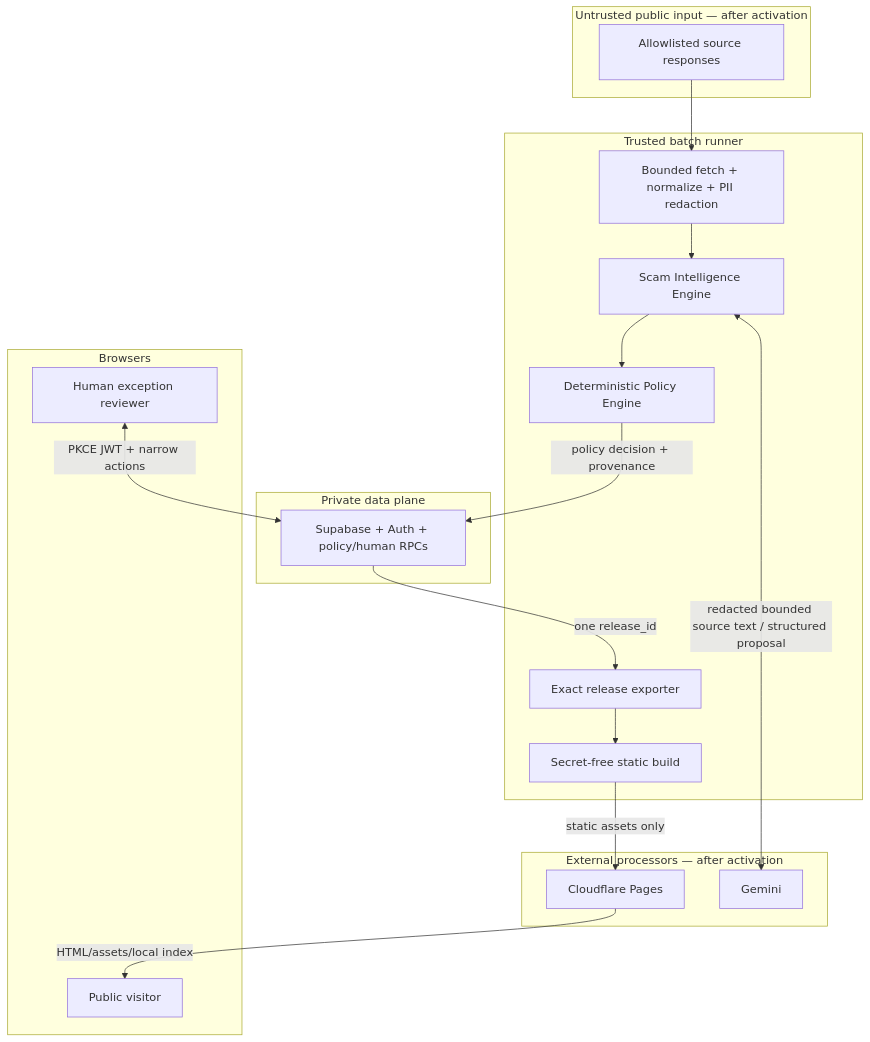
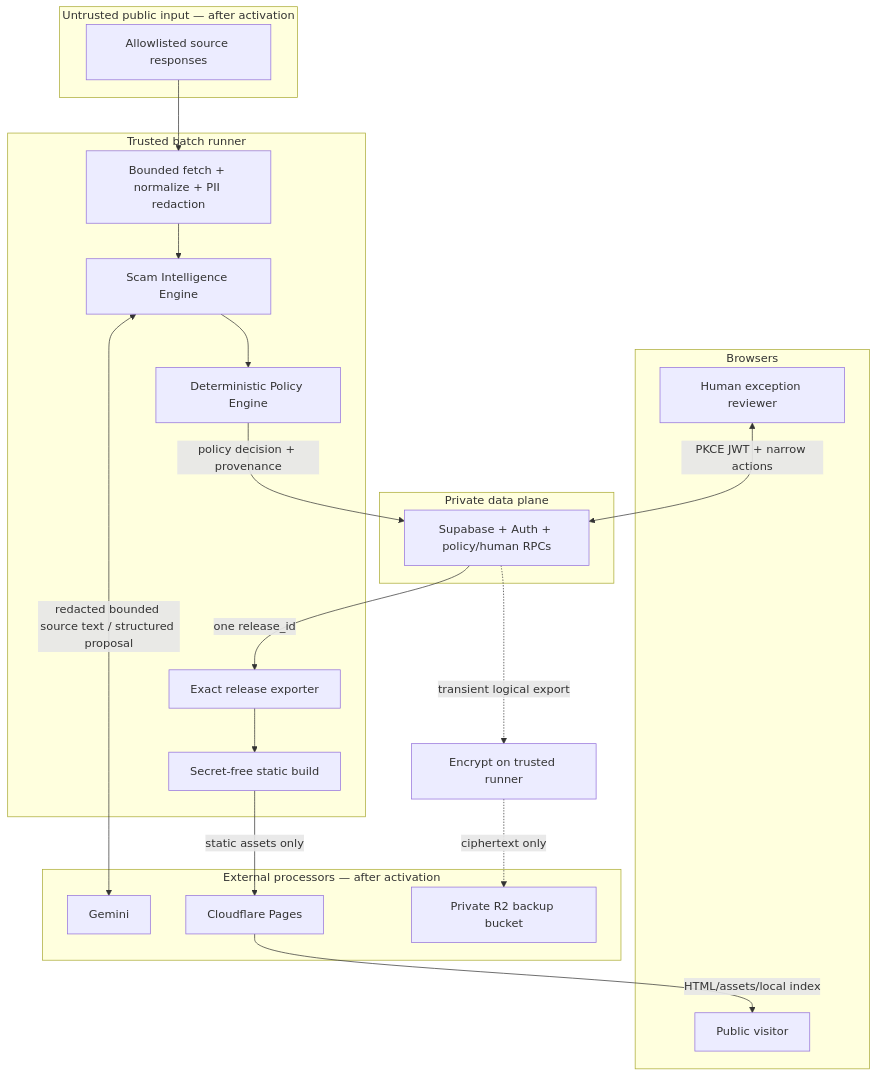
One commit to Insparian/scam-radar changed the first of 3 diagrams in docs/data-flow.md. Above: the diagram before and after it, drawn with Mermaid. The commit also changed other lines of this file and 22 other files, not shown here.

````diff
--- a/docs/data-flow.md
+++ b/docs/data-flow.md
@@ -7,31 +7,33 @@
 ```mermaid
 flowchart TB
     subgraph U["Untrusted public input — after activation"]
       S["Allowlisted source responses"]
     end
     subgraph T["Trusted batch runner"]
       N["Bounded fetch + normalize + PII redaction"]
       P["Scam Intelligence Engine"]
       PE["Deterministic Policy Engine"]
       X["Exact release exporter"]
       B["Secret-free static build"]
     end
     subgraph E["External processors — after activation"]
       G["Gemini"]
       C["Cloudflare Pages"]
+      O["Private R2 backup bucket"]
     end
     subgraph D["Private data plane"]
       DB["Supabase + Auth + policy/human RPCs"]
     end
     subgraph W["Browsers"]
       R["Human exception reviewer"]
       V["Public visitor"]
     end
 
     S --> N --> P --> PE
     P <-->|"redacted bounded source text / structured proposal"| G
     PE -->|"policy decision + provenance"| DB
     R <-->|"PKCE JWT + narrow actions"| DB
     DB -->|"one release_id"| X --> B -->|"static assets only"| C
+    DB -.->|"transient logical export"| K["Encrypt on trusted runner"] -.->|"ciphertext only"| O
     C -->|"HTML/assets/local index"| V
 ```
````
